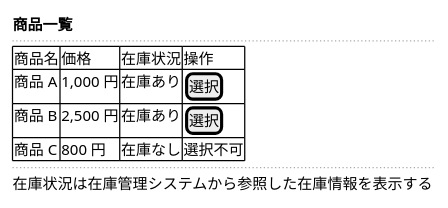
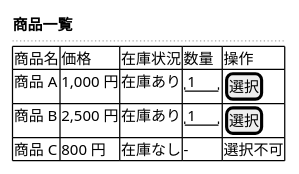
Before and after one commit to amadeus-dlc/amadeus: the first of 4 diagrams in examples/03-construction-design-ready/.amadeus/intents/20260703-minimum-purchase-flow/inception/refined-mockups/mockups.md, drawn with PlantUML. The commit also changed other lines of this file and 113 other files, not shown here.

````diff
--- a/examples/03-construction-design-ready/.amadeus/intents/20260703-minimum-purchase-flow/inception/refined-mockups/mockups.md
+++ b/examples/03-construction-design-ready/.amadeus/intents/20260703-minimum-purchase-flow/inception/refined-mockups/mockups.md
@@ -10,16 +14,14 @@
 ```plantuml
 @startsalt
 {
   <b>商品一覧
   ..
   {#
-    商品名 | 価格 | 在庫状況 | 操作
-    商品 A | 1,000 円 | 在庫あり | [選択]
-    商品 B | 2,500 円 | 在庫あり | [選択]
-    商品 C | 800 円 | 在庫なし | 選択不可
+    商品名 | 価格 | 在庫状況 | 数量 | 操作
+    商品 A | 1,000 円 | 在庫あり | "1  " | [選択]
+    商品 B | 2,500 円 | 在庫あり | "1  " | [選択]
+    商品 C | 800 円 | 在庫なし | - | 選択不可
   }
-  ..
-  在庫状況は在庫管理システムから参照した在庫情報を表示する
 }
 @endsalt
 ```
````
